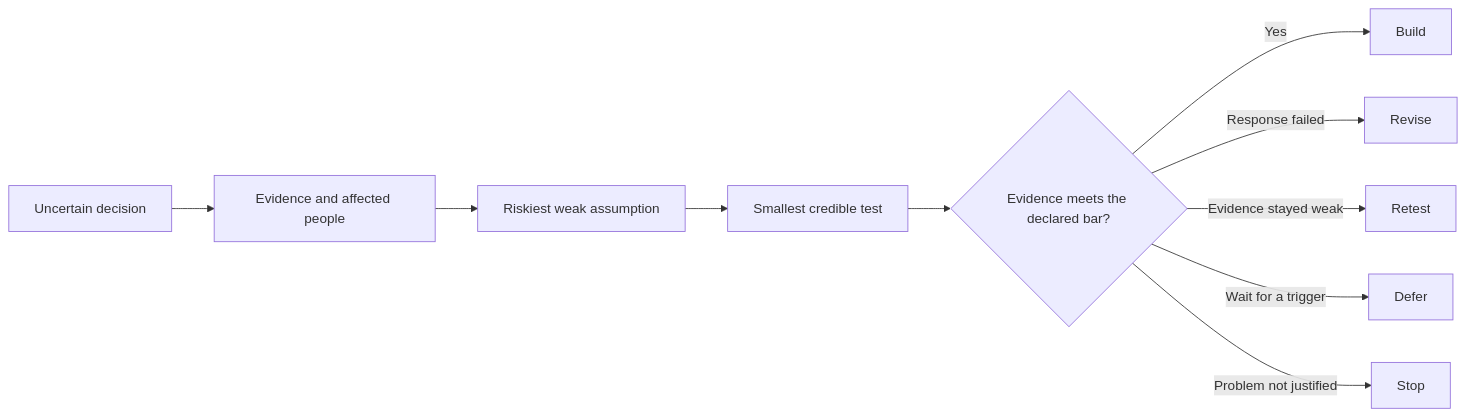
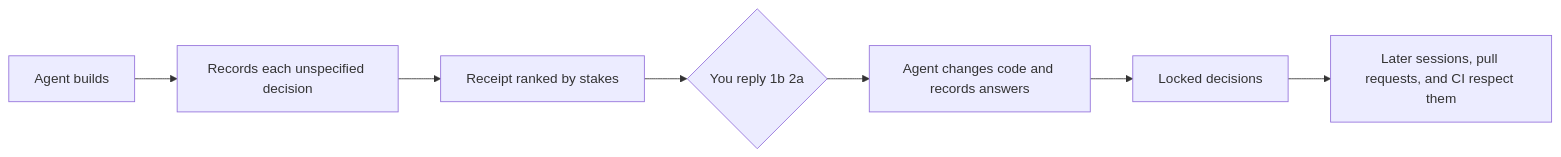
The diagram in README.md (curlymolelabs/design-thinking-skill), drawn with Mermaid before and after one commit. The commit also changed other lines of this file and 63 other files, not shown here.

````diff
--- a/README.md
+++ b/README.md
@@ -10,12 +81,9 @@
 ```mermaid
 flowchart LR
-    A[Uncertain decision] --> B[Evidence and affected people]
-    B --> C[Riskiest weak assumption]
-    C --> D[Smallest credible test]
-    D --> E{Evidence meets the declared bar?}
-    E -->|Yes| F[Build]
-    E -->|Response failed| G[Revise]
-    E -->|Evidence stayed weak| H[Retest]
-    E -->|Wait for a trigger| I[Defer]
-    E -->|Problem not justified| J[Stop]
+    A[Agent builds] --> B[Records each unspecified decision]
+    B --> C[Receipt ranked by stakes]
+    C --> D{You reply 1b 2a}
+    D --> E[Agent changes code and records answers]
+    E --> F[Locked decisions]
+    F --> G[Later sessions, pull requests, and CI respect them]
 ```
````
